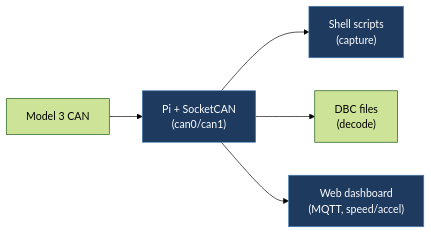
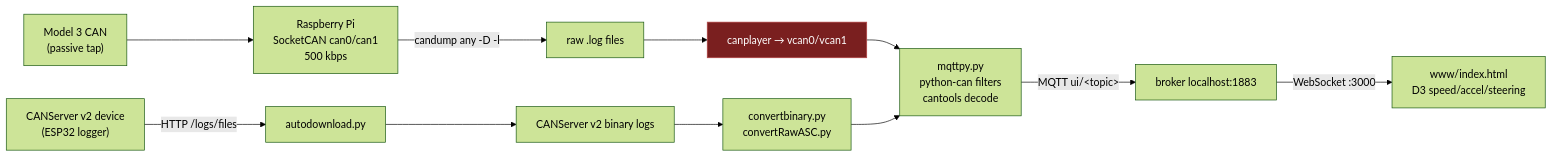
One commit to babico/TeslaCANModder changed the first of 2 diagrams in docs/legacy/mhpetiwala-TeslaCAN.md. Above: the diagram before and after it, drawn with Mermaid (forest theme). The commit also changed other lines of this file and 99 other files, not shown here.

````diff
--- a/docs/legacy/mhpetiwala-TeslaCAN.md
+++ b/docs/legacy/mhpetiwala-TeslaCAN.md
@@ -19,9 +70,15 @@
 ```mermaid
 flowchart LR
-    Car["Model 3 CAN"] --> Pi["Pi + SocketCAN<br/>(can0/can1)"]
-    Pi --> Log["Shell scripts<br/>(capture)"]
-    Pi --> DBC["DBC files<br/>(decode)"]
-    Pi --> Dash["Web dashboard<br/>(MQTT, speed/accel)"]
-    classDef path fill:#1e3a5f,stroke:#4a7fb5,color:#fff
-    class Pi,Log,Dash path
+    Car["Model 3 CAN<br/>(passive tap)"] --> Pi["Raspberry Pi<br/>SocketCAN can0/can1<br/>500 kbps"]
+    Pi -->|"candump any -D -l"| Raw["raw .log files"]
+    CS["CANServer v2 device<br/>(ESP32 logger)"] -->|"HTTP /logs/files"| AD["autodownload.py"]
+    AD --> Bin["CANServer v2 binary logs"]
+    Bin --> Conv["convertbinary.py<br/>convertRawASC.py"]
+    Raw --> PL["canplayer → vcan0/vcan1"]
+    PL --> Py["mqttpy.py<br/>python-can filters<br/>cantools decode"]
+    Conv --> Py
+    Py -->|"MQTT ui/&lt;topic&gt;"| Broker["broker localhost:1883"]
+    Broker -->|"WebSocket :3000"| Dash["www/index.html<br/>D3 speed/accel/steering"]
+    classDef tx fill:#7a1f1f,stroke:#b54444,color:#fff
+    class PL tx
 ```
````
